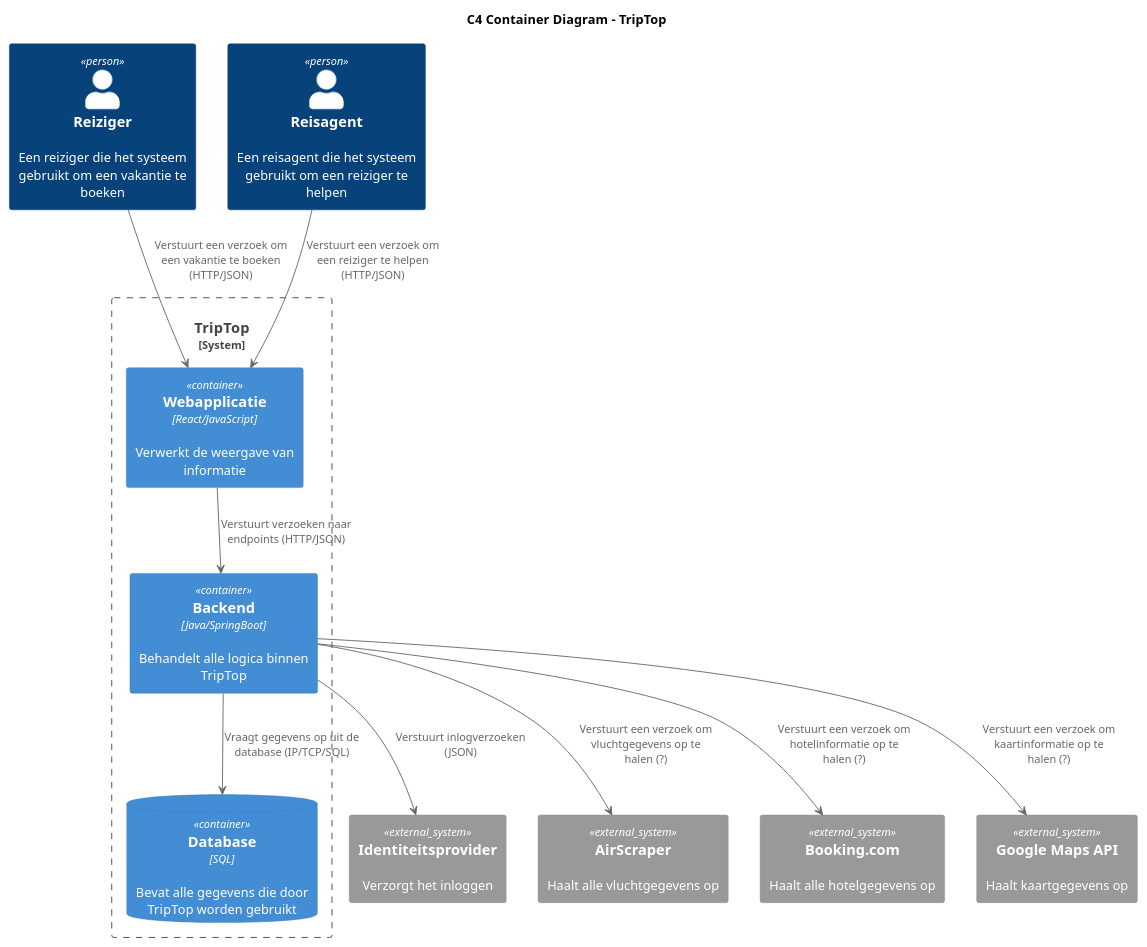
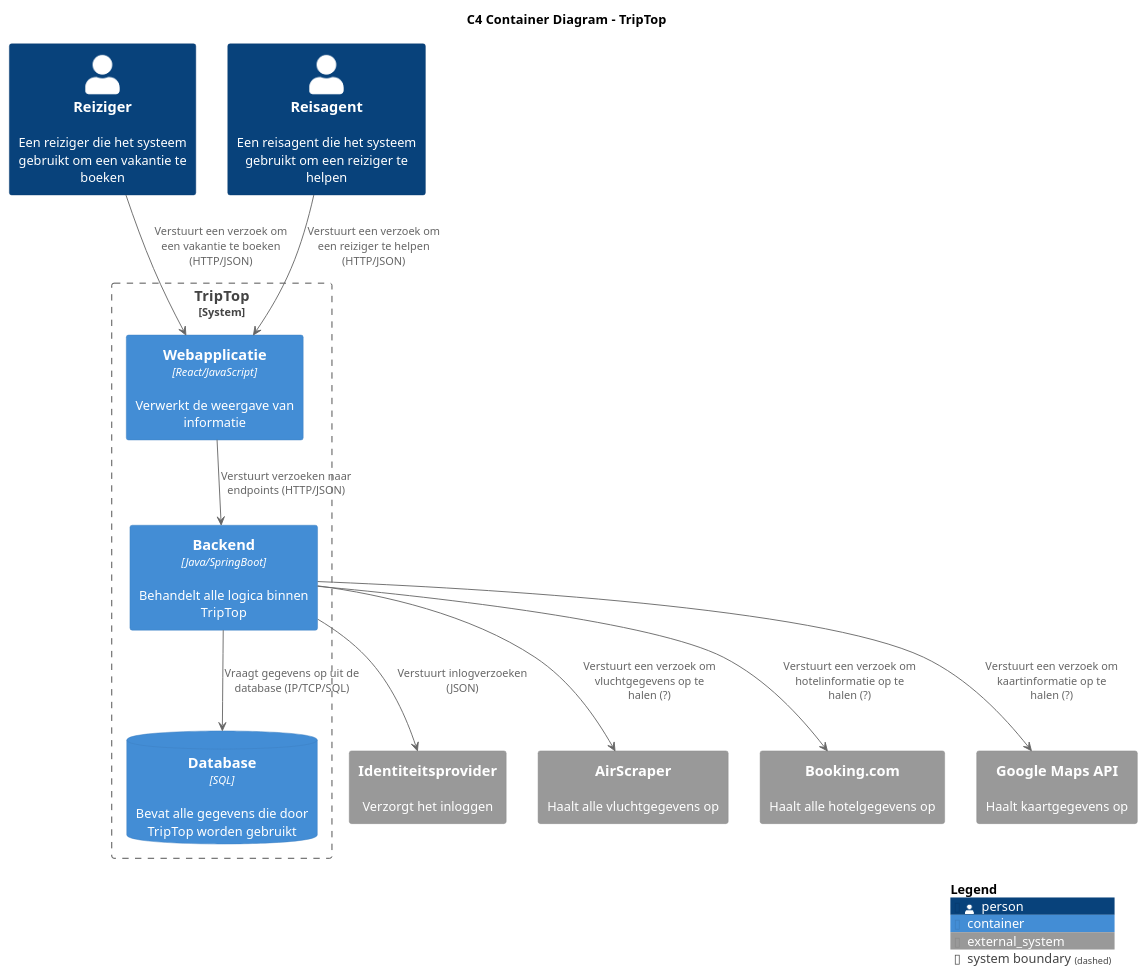
Before and after one commit to AIM-ENE-feb25/triptop-groep-b4: the diagram in C4_diagrammen/Container-diagram-TripTop.puml, drawn with PlantUML. The commit also changed 5 other files, not shown here.

Commit message:
Legend added to diagrams

```diff
--- a/C4_diagrammen/Container-diagram-TripTop.puml
+++ b/C4_diagrammen/Container-diagram-TripTop.puml
@@ -1,30 +1,31 @@
 @startuml
 
 !include https://raw.githubusercontent.com/plantuml-stdlib/C4-PlantUML/master/C4_Container.puml
 
 title C4 Container Diagram - TripTop
 
 Person(Reiziger, "Reiziger", "Een reiziger die het systeem gebruikt om een vakantie te boeken")
 Person(Reisagent, "Reisagent", "Een reisagent die het systeem gebruikt om een reiziger te helpen")
 
 System_Boundary(TripTop, "TripTop") {
     Container(Web_app, "Webapplicatie", "React/JavaScript", "Verwerkt de weergave van informatie")
     Container(Backend, "Backend", "Java/SpringBoot", "Behandelt alle logica binnen TripTop")
     ContainerDb(Database, "Database", "SQL", "Bevat alle gegevens die door TripTop worden gebruikt")
 }
 
 System_Ext(Identiteitsprovider, "Identiteitsprovider", "Verzorgt het inloggen")
 System_Ext(AirScraper, "AirScraper", "Haalt alle vluchtgegevens op")
 System_Ext(BookingCom, "Booking.com", "Haalt alle hotelgegevens op")
 System_Ext(GoogleMapsAPI, "Google Maps API", "Haalt kaartgegevens op")
 
 Backend --> Database : "Vraagt gegevens op uit de database (IP/TCP/SQL)"
 Reiziger --> Web_app: "Verstuurt een verzoek om een vakantie te boeken (HTTP/JSON)"
 Reisagent --> Web_app: "Verstuurt een verzoek om een reiziger te helpen (HTTP/JSON)"
 Web_app --> Backend: "Verstuurt verzoeken naar endpoints (HTTP/JSON)"
 Backend --> Identiteitsprovider: "Verstuurt inlogverzoeken (JSON)"
 Backend --> AirScraper: "Verstuurt een verzoek om vluchtgegevens op te halen (?)"
 Backend --> BookingCom: "Verstuurt een verzoek om hotelinformatie op te halen (?)"
 Backend --> GoogleMapsAPI: "Verstuurt een verzoek om kaartinformatie op te halen (?)"
 
+SHOW_LEGEND(true)
 @enduml
```
